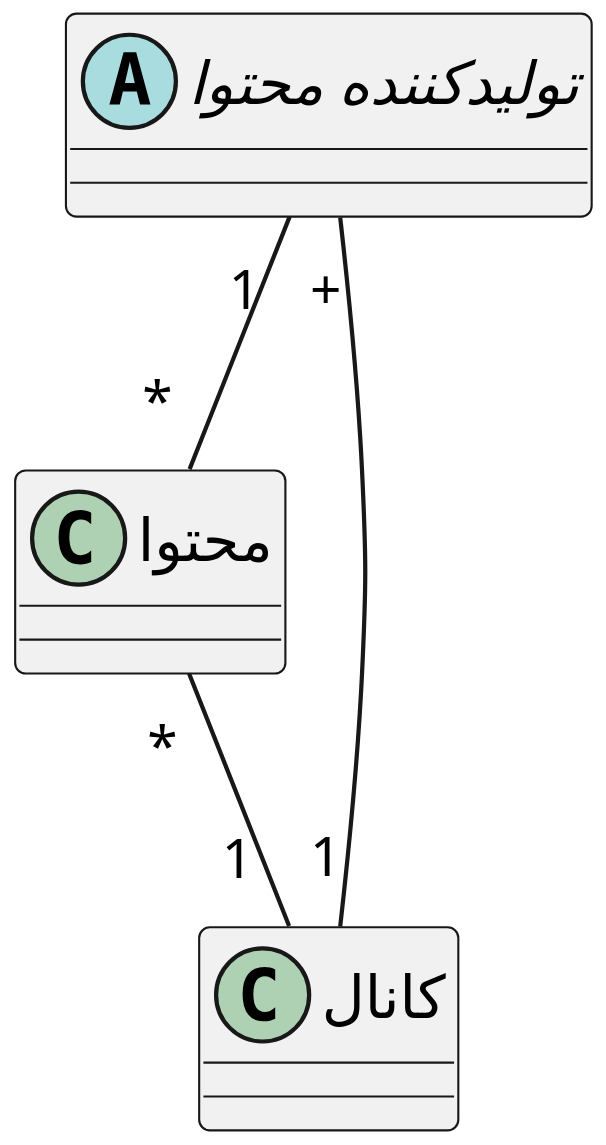
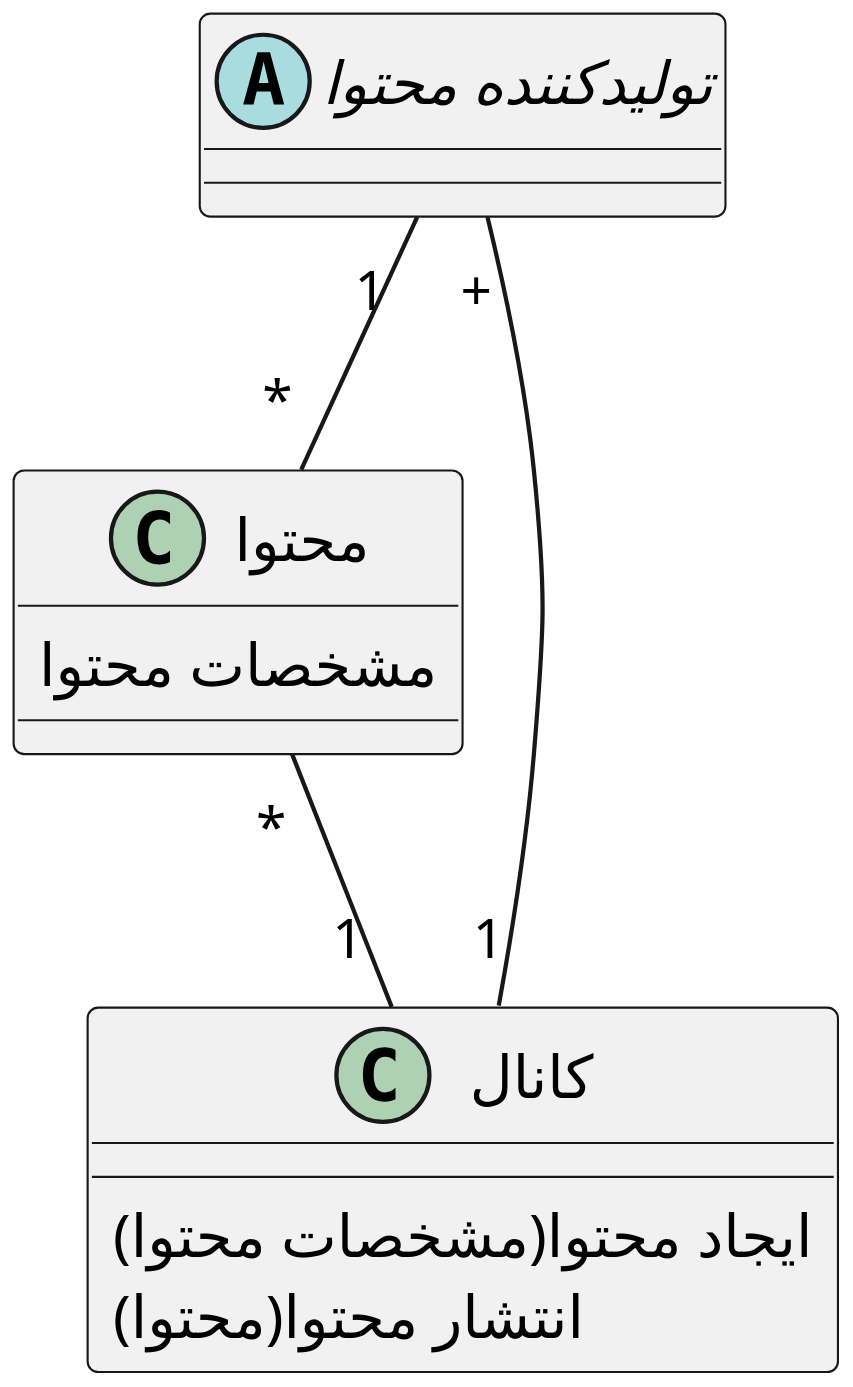
One commit to soleyman79/Qasedak changed the diagram in Diagrams/Class/CreateContent.puml. Above: the diagram before and after it, drawn with PlantUML. The commit also changed 1 other file, not shown here.

```diff
--- a/Diagrams/Class/CreateContent.puml
+++ b/Diagrams/Class/CreateContent.puml
@@ -1,20 +1,25 @@
 @startuml create_content
+
 
 scale 3
 skinparam DefaultFontName B Nazanin
 skinparam ArrowMessageAlignment right
 
 abstract "تولیدکننده محتوا" as producer {
 }
 
 class "محتوا" as content {
+    مشخصات محتوا
 }
 
 class "کانال" as chanel {
+    ایجاد محتوا(مشخصات محتوا)
+    انتشار محتوا(محتوا)
 }
 
 producer "          1" -- "             *" content
 content "           *" -- "             1" chanel
 producer "+" -- "1" chanel
 
+
 @enduml
```
